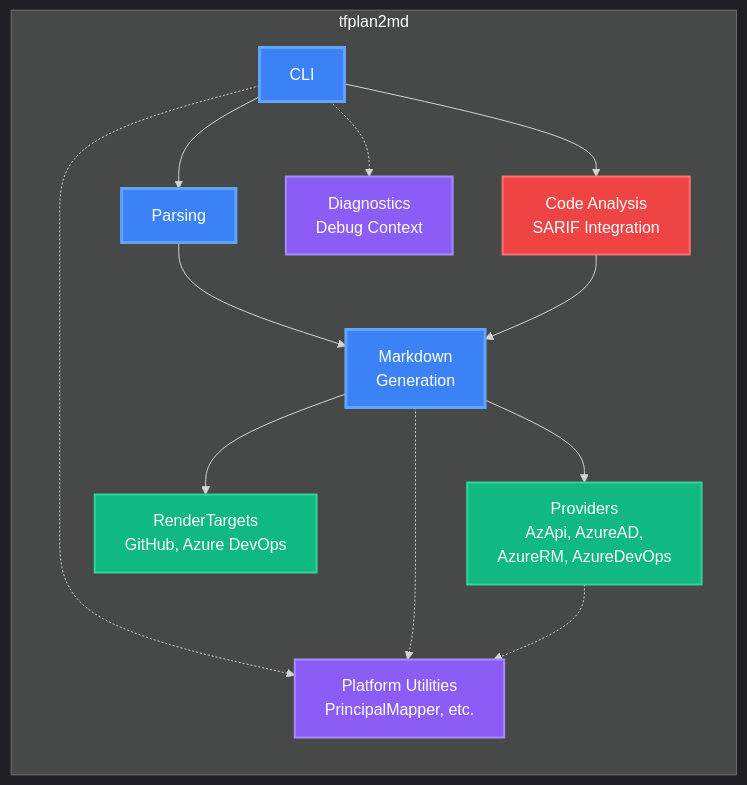
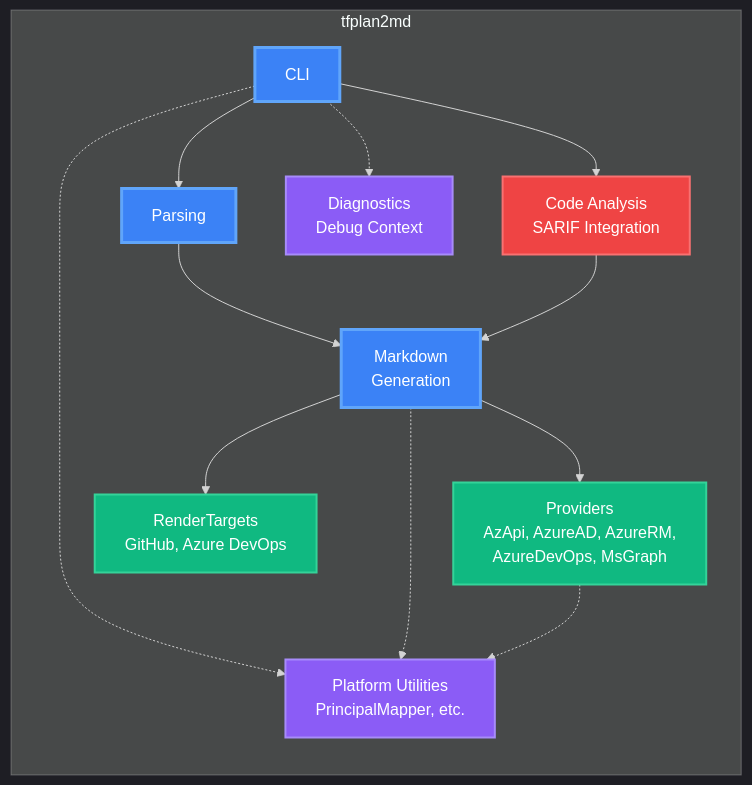
One commit to oocx/tfplan2md changed the third of 17 diagrams in docs/architecture.md. Above: the diagram before and after it, drawn with Mermaid. The commit also changed other lines of this file, not shown here.

Commit message:
docs: include Microsoft Graph provider in architecture

````diff
--- a/docs/architecture.md
+++ b/docs/architecture.md
@@ -348,35 +349,35 @@
 ```mermaid
 %%{init: {'theme':'dark', 'themeVariables': { 'fontSize':'16px', 'fontFamily':'ui-sans-serif, system-ui, sans-serif'}}}%%
 flowchart LR
     classDef componentNode fill:#3b82f6,stroke:#60a5fa,stroke-width:3px,color:#ffffff
     classDef utilNode fill:#8b5cf6,stroke:#a78bfa,stroke-width:2px,color:#ffffff
     classDef providerNode fill:#10b981,stroke:#34d399,stroke-width:2px,color:#ffffff
     classDef analysisNode fill:#ef4444,stroke:#f87171,stroke-width:2px,color:#ffffff
     
     subgraph tfplan2md
         CLI[CLI]
         Parsing[Parsing]
         Markdown[Markdown<br/>Generation]
-        Providers[Providers<br/>AzApi, AzureAD,<br/>AzureRM, AzureDevOps]
+        Providers[Providers<br/>AzApi, AzureAD, AzureRM,<br/>AzureDevOps, MsGraph]
         RenderTargets[RenderTargets<br/>GitHub, Azure DevOps]
         CodeAnalysis[Code Analysis<br/>SARIF Integration]
         Platforms[Platform Utilities<br/>PrincipalMapper, etc.]
         Diagnostics[Diagnostics<br/>Debug Context]
         
         CLI --> Parsing
         CLI --> CodeAnalysis
         Parsing --> Markdown
         CodeAnalysis --> Markdown
         Markdown --> Providers
         Markdown --> RenderTargets
         CLI -.-> Platforms
         Markdown -.-> Platforms
         Providers -.-> Platforms
         CLI -.-> Diagnostics
     end
     
     class CLI,Parsing,Markdown componentNode
     class Providers,RenderTargets providerNode
     class Platforms,Diagnostics utilNode
     class CodeAnalysis analysisNode
 ```
````
